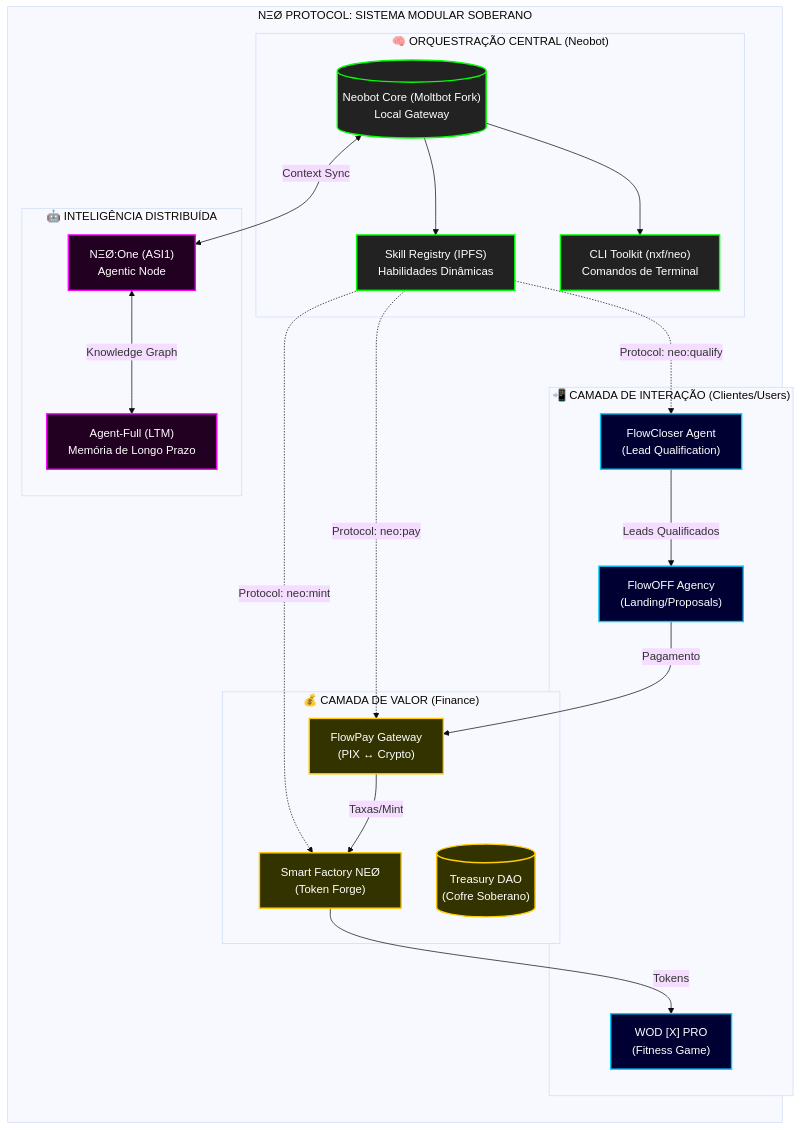
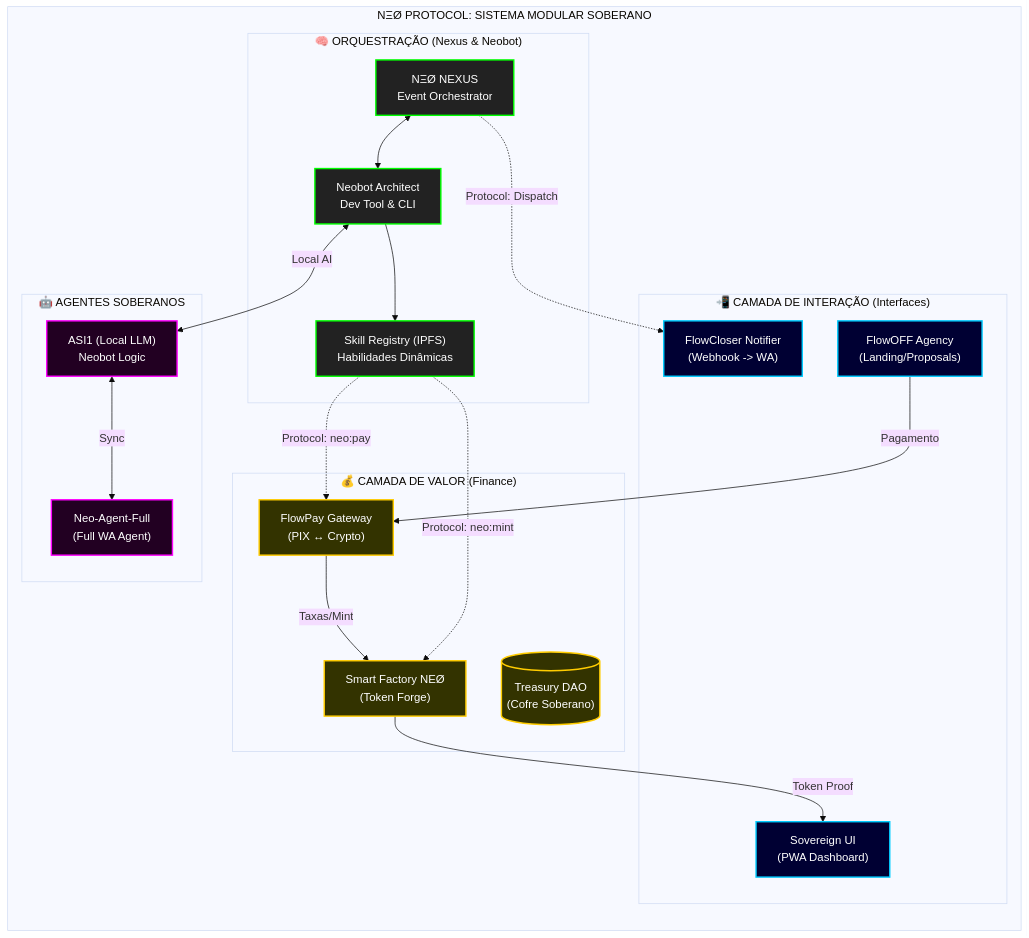
Before and after one commit to NEO-PROTOCOL/neobot: the diagram in docs/neo-protocol/MODULAR_SYSTEM_DIAGRAM.md, drawn with Mermaid (base theme). The commit also changed 2 other files, not shown here.

Commit message:
docs: update all architecture diagrams to reflect new project identities

````diff
--- a/docs/neo-protocol/MODULAR_SYSTEM_DIAGRAM.md
+++ b/docs/neo-protocol/MODULAR_SYSTEM_DIAGRAM.md
@@ -1,63 +1,62 @@
 ```mermaid
 graph TB
     subgraph NEW_PROTOCOL_MODULAR_SYSTEM["NΞØ PROTOCOL: SISTEMA MODULAR SOBERANO"]
         direction TB
 
-        %% ORQUESTRAÇÃO CENTRAL (O Cérebro)
-        subgraph ORCHESTRATION["🧠 ORQUESTRAÇÃO CENTRAL (Neobot)"]
-            NEOBOT[("Neobot Core (Moltbot Fork)<br/>Local Gateway")]
+        %% ORQUESTRAÇÃO CENTRAL (O Cérebro & Coração)
+        subgraph ORCHESTRATION["🧠 ORQUESTRAÇÃO (Nexus & Neobot)"]
+            NEXUS["NΞØ NEXUS<br/>Event Orchestrator"]
+            NEOBOT["Neobot Architect<br/>Dev Tool & CLI"]
             SKILLS["Skill Registry (IPFS)<br/>Habilidades Dinâmicas"]
-            CLI["CLI Toolkit (nxf/neo)<br/>Comandos de Terminal"]
+            NEXUS <--> NEOBOT
             NEOBOT --> SKILLS
-            NEOBOT --> CLI
         end
 
         %% CAMADA DE VALOR (O Dinheiro)
         subgraph VALUE_LAYER["💰 CAMADA DE VALOR (Finance)"]
             FLOWPAY["FlowPay Gateway<br/>(PIX ↔ Crypto)"]
             SMART_FACTORY["Smart Factory NEØ<br/>(Token Forge)"]
             TREASURY[("Treasury DAO<br/>(Cofre Soberano)")]
         end
 
         %% CAMADA DE INTERAÇÃO (A Frente)
-        subgraph FRONT_LAYER["📲 CAMADA DE INTERAÇÃO (Clientes/Users)"]
+        subgraph FRONT_LAYER["📲 CAMADA DE INTERAÇÃO (Interfaces)"]
             FLOWOFF["FlowOFF Agency<br/>(Landing/Proposals)"]
-            FLOWCLOSER["FlowCloser Agent<br/>(Lead Qualification)"]
-            WOD["WOD [X] PRO<br/>(Fitness Game)"]
+            FLOWCLOSER["FlowCloser Notifier<br/>(Webhook -> WA)"]
+            SOVEREIGN_UI["Sovereign UI<br/>(PWA Dashboard)"]
         end
 
-        %% INTEGRAÇÃO INTELIGENTE (A Rede Neural)
-        subgraph INTELLIGENCE["🤖 INTELIGÊNCIA DISTRIBUÍDA"]
-            NEO_ONE["NΞØ:One (ASI1)<br/>Agentic Node"]
-            AGENT_FULL["Agent-Full (LTM)<br/>Memória de Longo Prazo"]
+        %% AGENTES & INTELIGÊNCIA (A Rede Neural)
+        subgraph INTELLIGENCE["🤖 AGENTES SOBERANOS"]
+            NEO_AGENT_FULL["Neo-Agent-Full<br/>(Full WA Agent)"]
+            ASI1["ASI1 (Local LLM)<br/>Neobot Logic"]
         end
 
         %% PROTOCOLOS & CONEXÕES (As Sinapses)
         %% Comunicação Assíncrona via Protocolo
+        NEXUS -.->|Protocol: Dispatch| FLOWCLOSER
         SKILLS -.->|Protocol: neo:pay| FLOWPAY
         SKILLS -.->|Protocol: neo:mint| SMART_FACTORY
-        SKILLS -.->|Protocol: neo:qualify| FLOWCLOSER
 
         %% Fluxo de Negócio (O Ciclo de Vida)
-        FLOWCLOSER -->|Leads Qualificados| FLOWOFF
         FLOWOFF -->|Pagamento| FLOWPAY
         FLOWPAY -->|Taxas/Mint| SMART_FACTORY
-        SMART_FACTORY -->|Tokens| WOD
+        SMART_FACTORY -->|Token Proof| SOVEREIGN_UI
 
         %% Memória e Contexto
-        NEOBOT <-->|Context Sync| NEO_ONE
-        NEO_ONE <-->|Knowledge Graph| AGENT_FULL
+        NEOBOT <-->|Local AI| ASI1
+        ASI1 <-->|Sync| NEO_AGENT_FULL
 
     end
 
     %% ESTILO DO DIAGRAMA
     classDef core fill:#222,stroke:#0f0,stroke-width:2px,color:#fff
     classDef money fill:#330,stroke:#fc0,stroke-width:2px,color:#fff
     classDef front fill:#003,stroke:#0cf,stroke-width:2px,color:#fff
     classDef ai fill:#202,stroke:#f0f,stroke-width:2px,color:#fff
     
-    class NEOBOT,SKILLS,CLI core
+    class NEOBOT,SKILLS,NEXUS core
     class FLOWPAY,SMART_FACTORY,TREASURY money
-    class FLOWOFF,FLOWCLOSER,WOD front
-    class NEO_ONE,AGENT_FULL ai
+    class FLOWOFF,FLOWCLOSER,SOVEREIGN_UI front
+    class ASI1,NEO_AGENT_FULL ai
 ```
````
